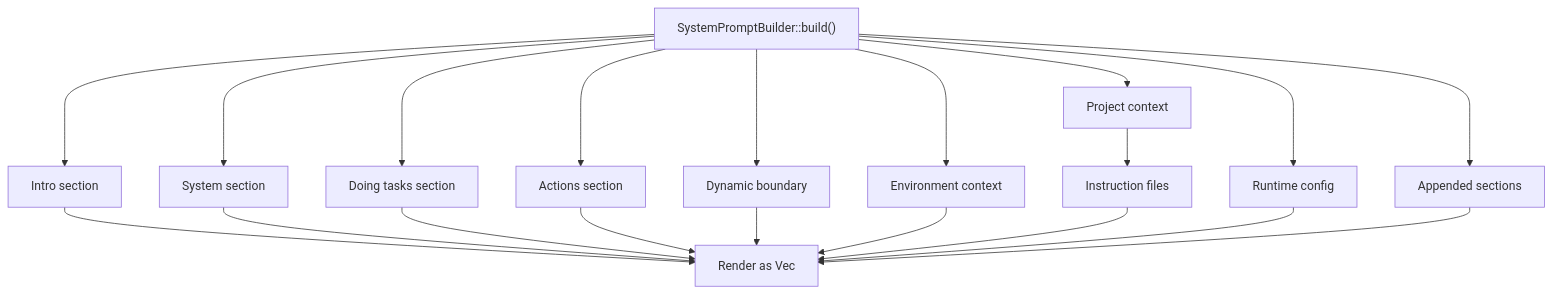
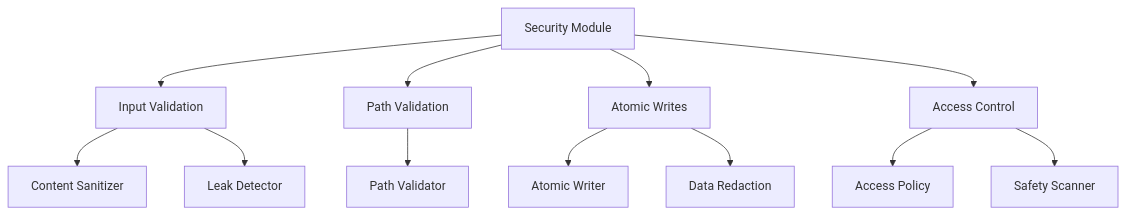
Before and after one commit to novolei/if2Ai: the sixth of 10 diagrams in .qoder/repowiki/en/content/Backend System (Rust)/Module Architecture & Design/Runtime Services/Runtime Services.md, drawn with Mermaid. The commit also changed other lines of this file and 124 other files, not shown here.

````diff
--- a/.qoder/repowiki/en/content/Backend System (Rust)/Module Architecture & Design/Runtime Services/Runtime Services.md
+++ b/.qoder/repowiki/en/content/Backend System (Rust)/Module Architecture & Design/Runtime Services/Runtime Services.md
@@ -427,22 +274,14 @@
 ```mermaid
 flowchart TD
-Build["SystemPromptBuilder::build()"] --> Intro["Intro section"]
-Build --> System["System section"]
-Build --> Tasks["Doing tasks section"]
-Build --> Actions["Actions section"]
-Build --> Boundary["Dynamic boundary"]
-Build --> Env["Environment context"]
-Build --> Proj["Project context"]
-Proj --> Instructions["Instruction files"]
-Build --> Cfg["Runtime config"]
-Build --> Append["Appended sections"]
-Intro --> Render["Render as Vec<String>"]
-System --> Render
-Tasks --> Render
-Actions --> Render
-Boundary --> Render
-Env --> Render
-Instructions --> Render
-Cfg --> Render
-Append --> Render
+Security["Security Module"] --> Validation["Input Validation"]
+Security --> Path["Path Validation"]
+Security --> Atomic["Atomic Writes"]
+Security --> Access["Access Control"]
+Validation --> Sanitizer["Content Sanitizer"]
+Validation --> LeakDetector["Leak Detector"]
+Path --> Validator["Path Validator"]
+Atomic --> AtomicWrite["Atomic Writer"]
+Atomic --> Redaction["Data Redaction"]
+Access --> Policy["Access Policy"]
+Access --> Safety["Safety Scanner"]
 ```
````
